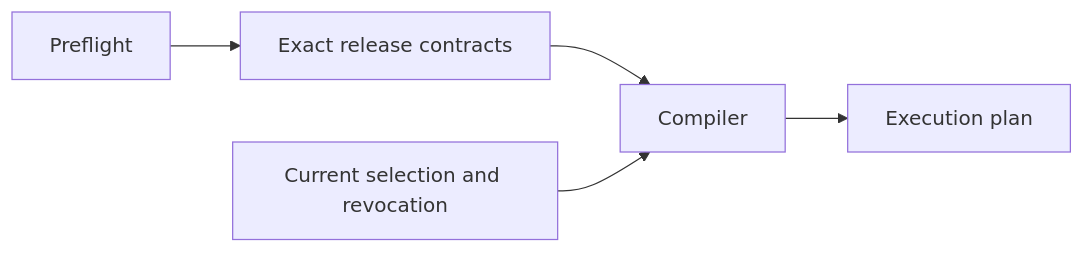
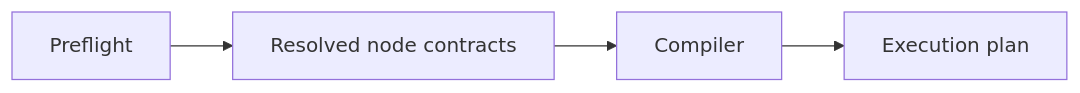
One commit to artpods56/grafY changed the second of 3 diagrams in apps/api/src/grafy_api/execution/README.md. Above: the diagram before and after it, drawn with Mermaid. The commit also changed other lines of this file and 134 other files, not shown here.

````diff
--- a/apps/api/src/grafy_api/execution/README.md
+++ b/apps/api/src/grafy_api/execution/README.md
@@ -67,7 +64,6 @@
 ```mermaid
 flowchart LR
-    P[Preflight] --> R[Exact release contracts]
+    P[Preflight] --> R[Resolved node contracts]
     R --> C[Compiler]
-    S[Current selection and revocation] --> C
     C --> E[Execution plan]
 ```
````
